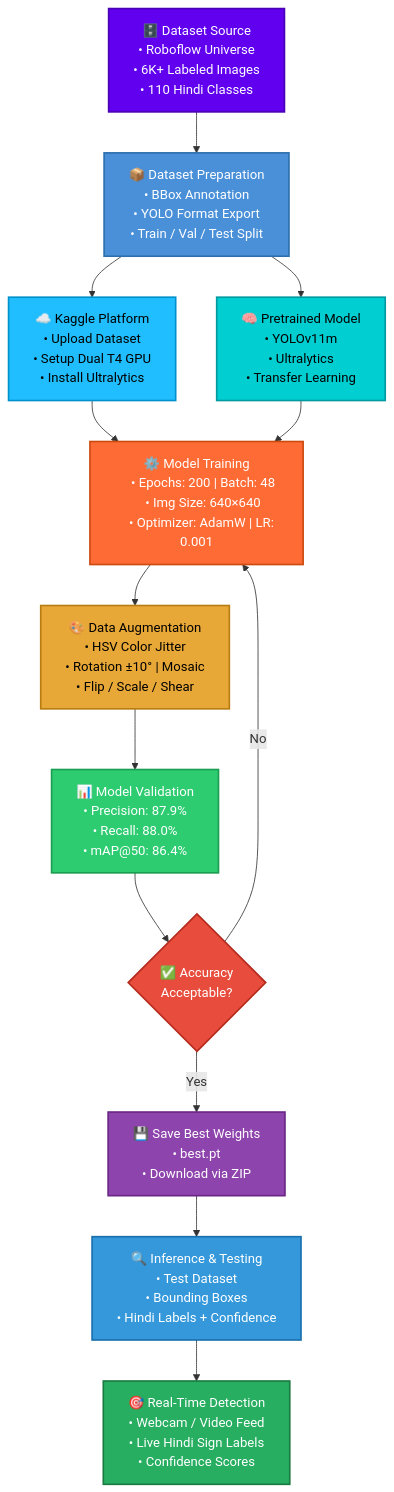
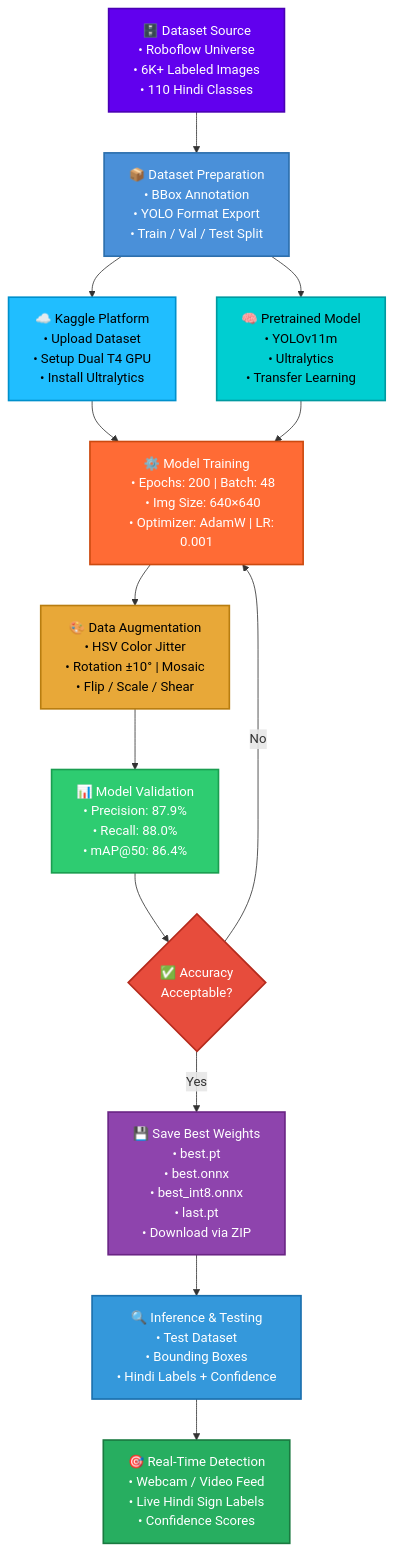
The diagram in README.md (AdityaKr015/Indian-Sign-Language-Detection), drawn with Mermaid before and after one commit. The commit also changed other lines of this file, not shown here.

````diff
--- a/README.md
+++ b/README.md
@@ -101,79 +125,82 @@
 ```mermaid
 flowchart TD
     A["🗄️ Dataset Source
     • Roboflow Universe
     • 6K+ Labeled Images
     • 110 Hindi Classes"]
 
     B["📦 Dataset Preparation
     • BBox Annotation
     • YOLO Format Export
     • Train / Val / Test Split"]
 
     C["☁️ Kaggle Platform
     • Upload Dataset
     • Setup Dual T4 GPU
     • Install Ultralytics"]
 
     D["🧠 Pretrained Model
     • YOLOv11m
     • Ultralytics
     • Transfer Learning"]
 
     E["⚙️ Model Training
     • Epochs: 200 | Batch: 48
     • Img Size: 640×640
     • Optimizer: AdamW | LR: 0.001"]
 
     F["🎨 Data Augmentation
     • HSV Color Jitter
     • Rotation ±10° | Mosaic
     • Flip / Scale / Shear"]
 
     G["📊 Model Validation
     • Precision: 87.9%
     • Recall: 88.0%
     • mAP@50: 86.4%"]
 
     H{"✅ Accuracy
     Acceptable?"}
 
     I["💾 Save Best Weights
     • best.pt
+    • best.onnx
+    • best_int8.onnx
+    • last.pt
     • Download via ZIP"]
 
     J["🔍 Inference & Testing
     • Test Dataset
     • Bounding Boxes
     • Hindi Labels + Confidence"]
 
     K["🎯 Real-Time Detection
     • Webcam / Video Feed
     • Live Hindi Sign Labels
     • Confidence Scores"]
 
     A --> B
     B --> C
     B --> D
     C --> E
     D --> E
     E --> F
     F --> G
     G --> H
     H -- No --> E
     H -- Yes --> I
     I --> J
     J --> K
 
     style A fill:#6100ee,color:#fff,stroke:#4a00b4,stroke-width:2px
     style B fill:#4A90D9,color:#fff,stroke:#2c6fad,stroke-width:2px
     style C fill:#20BEFF,color:#000,stroke:#0090cc,stroke-width:2px
     style D fill:#00CED1,color:#000,stroke:#009aa0,stroke-width:2px
     style E fill:#FF6B35,color:#fff,stroke:#cc4a10,stroke-width:2px
     style F fill:#E8A838,color:#000,stroke:#b87d10,stroke-width:2px
     style G fill:#2ECC71,color:#fff,stroke:#1a9e50,stroke-width:2px
     style H fill:#E74C3C,color:#fff,stroke:#b52a1c,stroke-width:2px
     style I fill:#8E44AD,color:#fff,stroke:#6a2585,stroke-width:2px
     style J fill:#3498DB,color:#fff,stroke:#1a6fad,stroke-width:2px
     style K fill:#27AE60,color:#fff,stroke:#1a7a40,stroke-width:2px
 ```
````
